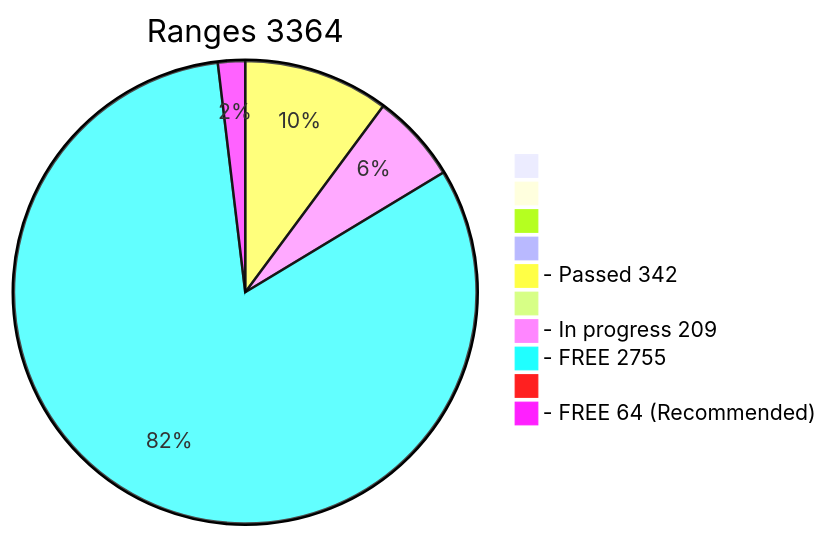
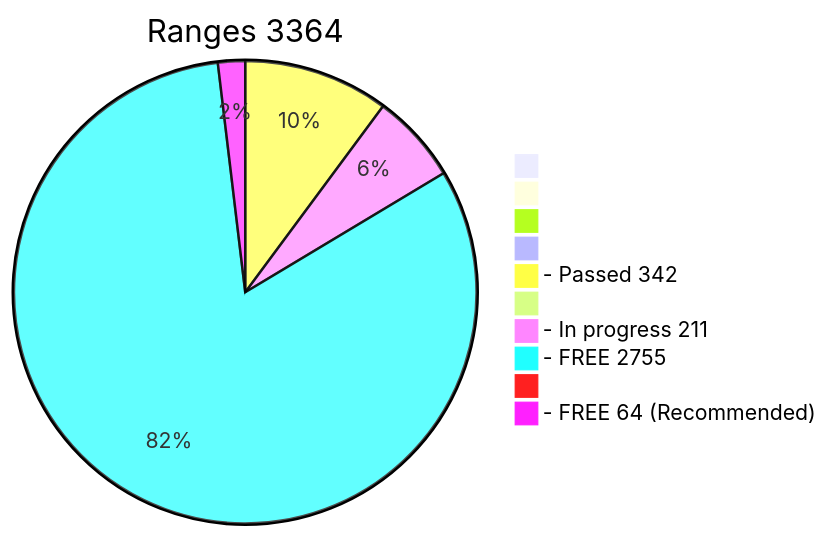
The diagram in x64/Release/table.md (phrutis/wif500), drawn with Mermaid before and after one commit. The commit also changed other lines of this file, not shown here.

````diff
--- a/x64/Release/table.md
+++ b/x64/Release/table.md
@@ -2,13 +2,13 @@
 ```mermaid
 pie title Ranges 3364
   " " : 0
   "  " : 0
   "   " : 0
   "    " : 0
   "- Passed 342" : 342
   "     " : 0
-  "- In progress 209" : 209
+  "- In progress 211" : 211
   "- FREE 2755" : 2755
   "      " : 0
   "- FREE 64 (Recommended)" : 64
 ```
````
